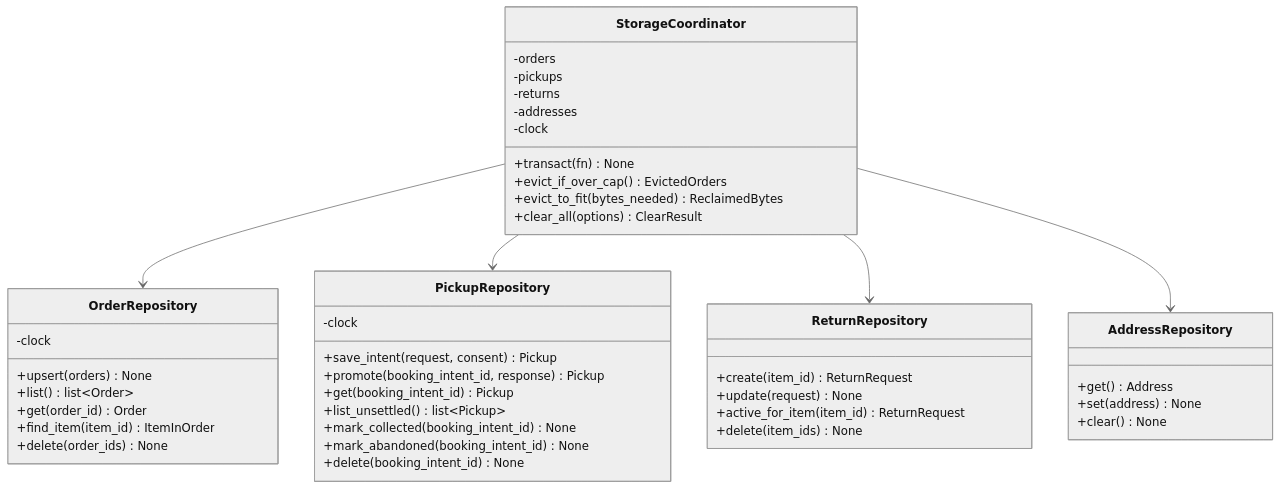
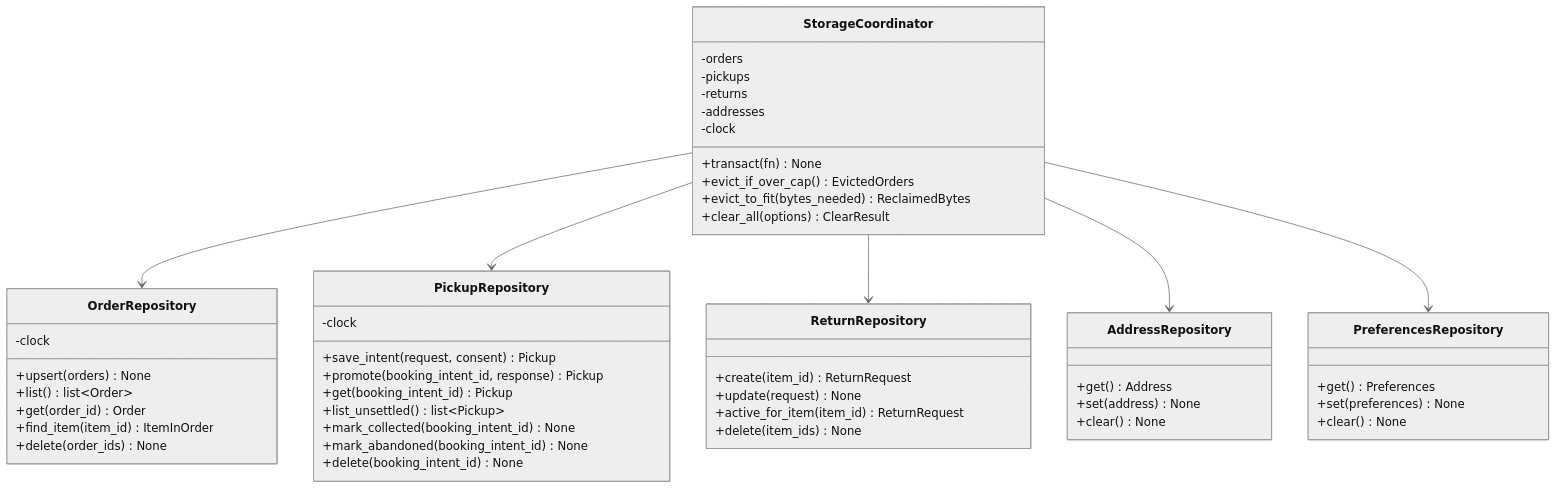
The sixth of 16 diagrams in design/boomerang-low-level-design.md (jacklvd/boomerang), drawn with Mermaid (neutral theme) before and after one commit. The commit also changed other lines of this file and 63 other files, not shown here.

Commit message:
retailer-flow spike documentation + retargeted workflow

````diff
--- a/design/boomerang-low-level-design.md
+++ b/design/boomerang-low-level-design.md
@@ -1033,47 +1027,53 @@
 ```mermaid
 classDiagram
     class StorageCoordinator {
         -orders
         -pickups
         -returns
         -addresses
         -clock
         +transact(fn) None
         +evict_if_over_cap() EvictedOrders
         +evict_to_fit(bytes_needed) ReclaimedBytes
         +clear_all(options) ClearResult
     }
     class OrderRepository {
         -clock
         +upsert(orders) None
         +list() list~Order~
         +get(order_id) Order
         +find_item(item_id) ItemInOrder
         +delete(order_ids) None
     }
     class PickupRepository {
         -clock
         +save_intent(request, consent) Pickup
         +promote(booking_intent_id, response) Pickup
         +get(booking_intent_id) Pickup
         +list_unsettled() list~Pickup~
         +mark_collected(booking_intent_id) None
         +mark_abandoned(booking_intent_id) None
         +delete(booking_intent_id) None
     }
     class ReturnRepository {
         +create(item_id) ReturnRequest
         +update(request) None
         +active_for_item(item_id) ReturnRequest
         +delete(item_ids) None
     }
     class AddressRepository {
         +get() Address
         +set(address) None
         +clear() None
     }
+    class PreferencesRepository {
+      +get() Preferences
+      +set(preferences) None
+      +clear() None
+    }
     StorageCoordinator --> OrderRepository
     StorageCoordinator --> PickupRepository
     StorageCoordinator --> ReturnRepository
     StorageCoordinator --> AddressRepository
+    StorageCoordinator --> PreferencesRepository
 ```
````
